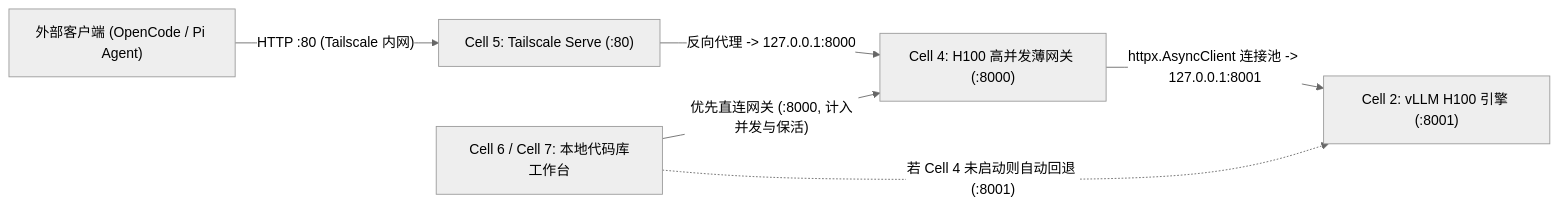
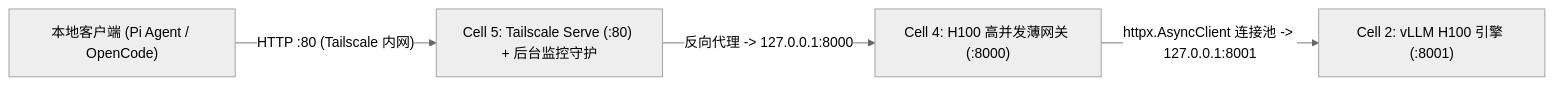
The diagram in qwen38_27b_h100/README.md (nakseuksa/colab), drawn with Mermaid (neutral theme) before and after one commit. The commit also changed other lines of this file and 24 other files, not shown here.

````diff
--- a/qwen38_27b_h100/README.md
+++ b/qwen38_27b_h100/README.md
@@ -50,8 +50,6 @@
 ```mermaid
 flowchart LR
-    EXT["外部客户端 (OpenCode / Pi Agent)"] -->|"HTTP :80 (Tailscale 内网)"| TS["Cell 5: Tailscale Serve (:80)"]
+    EXT["本地客户端 (Pi Agent / OpenCode)"] -->|"HTTP :80 (Tailscale 内网)"| TS["Cell 5: Tailscale Serve (:80) + 后台监控守护"]
     TS -->|"反向代理 -> 127.0.0.1:8000"| GW["Cell 4: H100 高并发薄网关 (:8000)"]
     GW -->|"httpx.AsyncClient 连接池 -> 127.0.0.1:8001"| VLLM["Cell 2: vLLM H100 引擎 (:8001)"]
-    WB["Cell 6 / Cell 7: 本地代码库工作台"] -->|"优先直连网关 (:8000, 计入并发与保活)"| GW
-    WB -.->|"若 Cell 4 未启动则自动回退 (:8001)"| VLLM
 ```
````
